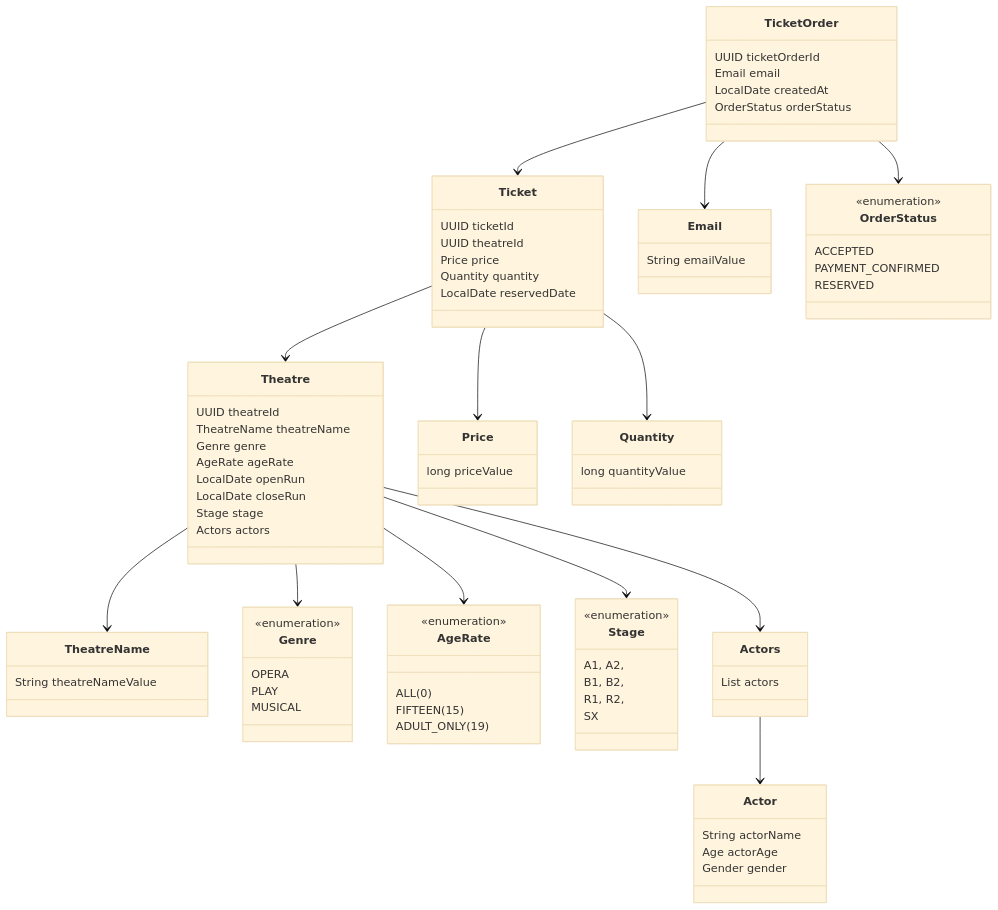
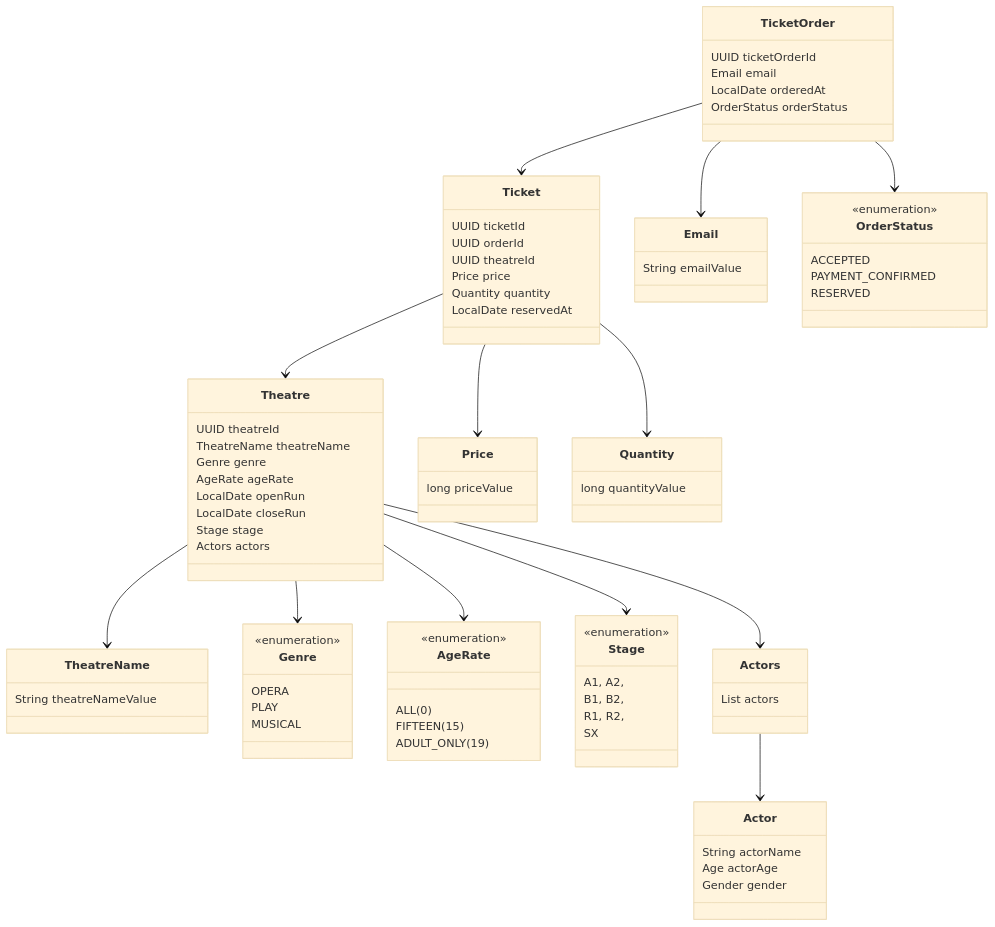
One commit to SY97P/Theatre_Manager_SpringBoot changed the diagram in domain_relation.mermaid. Above: the diagram before and after it, drawn with Mermaid (base theme). The commit also changed 20 other files, not shown here.

```diff
--- a/domain_relation.mermaid
+++ b/domain_relation.mermaid
@@ -1,101 +1,102 @@
 classDiagram
 
     %% domain Theatre
     class Theatre {
         UUID theatreId
         TheatreName theatreName
         Genre genre
         AgeRate ageRate
         LocalDate openRun
         LocalDate closeRun
         Stage stage
         Actors actors
     }
 
     class TheatreName {
         String theatreNameValue
     }
 
     class Genre {
         <<enumeration>>
         OPERA
         PLAY
         MUSICAL
     }
 
     class AgeRate {
         <<enumeration>>
         ALL(0)
         FIFTEEN(15)
         ADULT_ONLY(19)
     }
 
     class Stage {
         <<enumeration>>
         A1, A2,
         B1, B2,
         R1, R2,
         SX
     }
 
     class Actors {
         List<Actor> actors
     }
     class Actor {
         String actorName
         Age actorAge
         Gender gender
     }
     Actors --> Actor
 
     Theatre --> TheatreName
     Theatre --> Genre
     Theatre --> AgeRate
     Theatre --> Stage
     Theatre --> Actors
 
     %% domain Ticket
     class Ticket {
         UUID ticketId
+        UUID orderId
         UUID theatreId
         Price price
         Quantity quantity
-        LocalDate reservedDate
+        LocalDate reservedAt
     }
 
     class Price {
         long priceValue
     }
 
     class Quantity {
         long quantityValue
     }
 
     Ticket --> Price
     Ticket --> Quantity
 
     %% domain TicketOrder
     class TicketOrder {
         UUID ticketOrderId
         Email email
-        LocalDate createdAt
+        LocalDate orderedAt
         OrderStatus orderStatus
     }
 
     class Email {
         String emailValue
     }
 
     class OrderStatus {
         <<enumeration>>
         ACCEPTED
         PAYMENT_CONFIRMED
         RESERVED
     }
 
     TicketOrder --> Email
     TicketOrder --> OrderStatus
 
     TicketOrder --> Ticket
 
     Ticket --> Theatre
```
